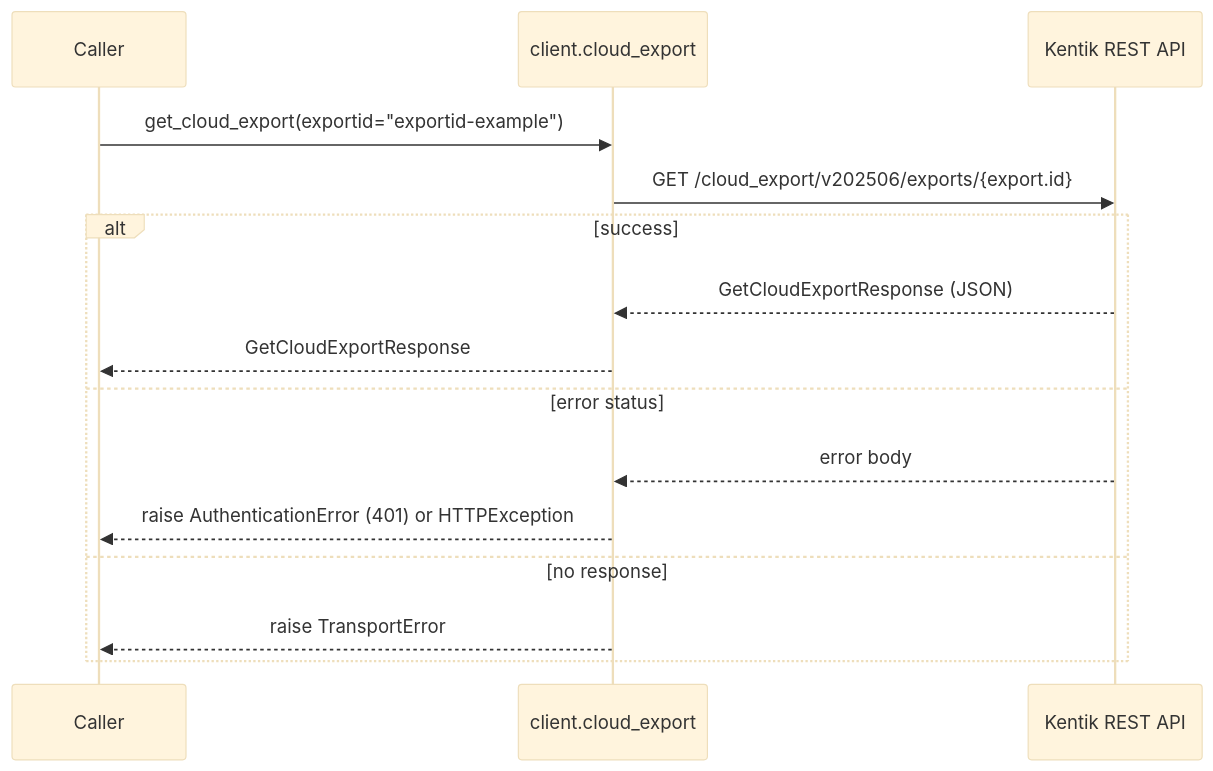
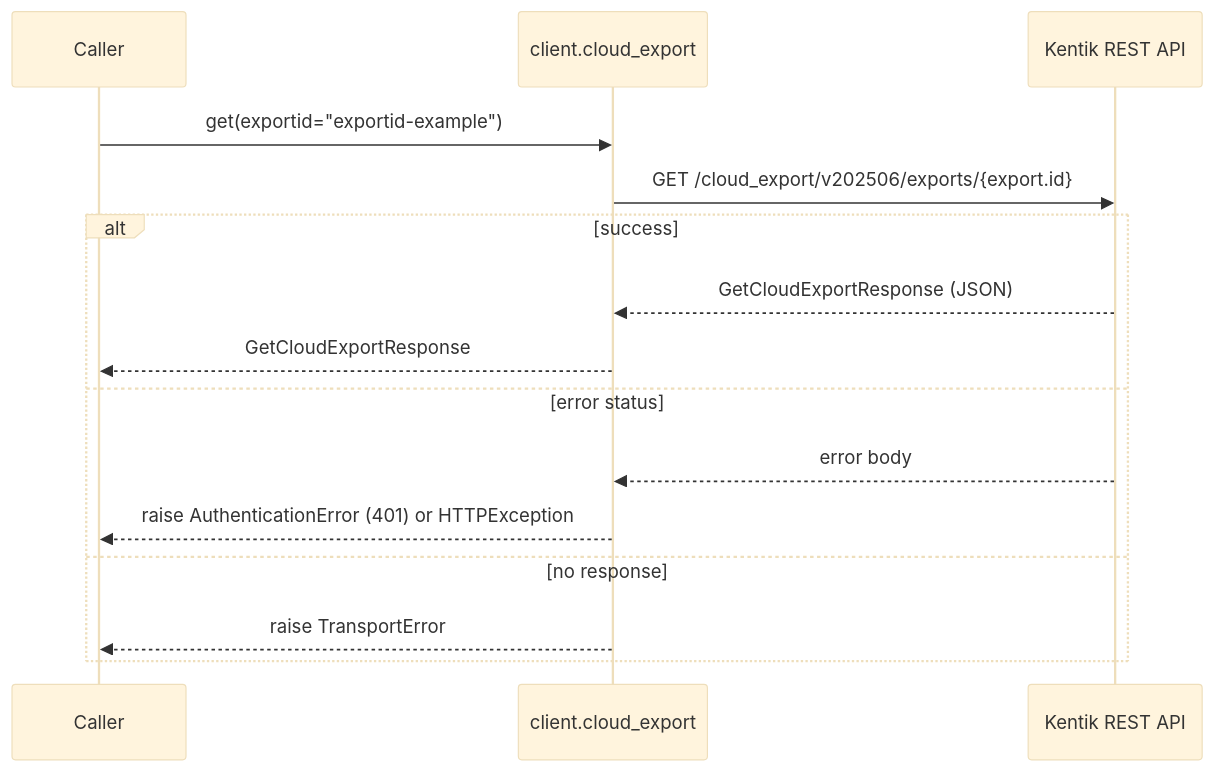
The sixth of 12 diagrams in docs/sphinx/services/cloud_export.md (alexdearaujo/community_sdk_python), drawn with Mermaid (base theme) before and after one commit. The commit also changed other lines of this file and 119 other files, not shown here.

````diff
--- a/docs/sphinx/services/cloud_export.md
+++ b/docs/sphinx/services/cloud_export.md
@@ -183,18 +183,18 @@
 ```mermaid
 sequenceDiagram
     participant C as Caller
     participant W as client.cloud_export
     participant API as Kentik REST API
 
-    C->>W: get_cloud_export(exportid="exportid-example")
+    C->>W: get(exportid="exportid-example")
     W->>API: GET /cloud_export/v202506/exports/{export.id}
     alt success
         API-->>W: GetCloudExportResponse (JSON)
         W-->>C: GetCloudExportResponse
     else error status
         API-->>W: error body
         W-->>C: raise AuthenticationError (401) or HTTPException
     else no response
         W-->>C: raise TransportError
     end
 ```
````
